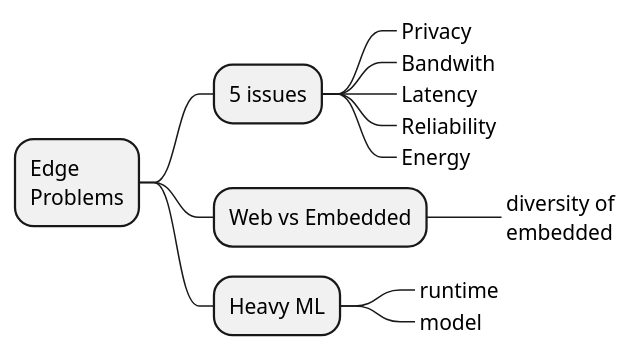
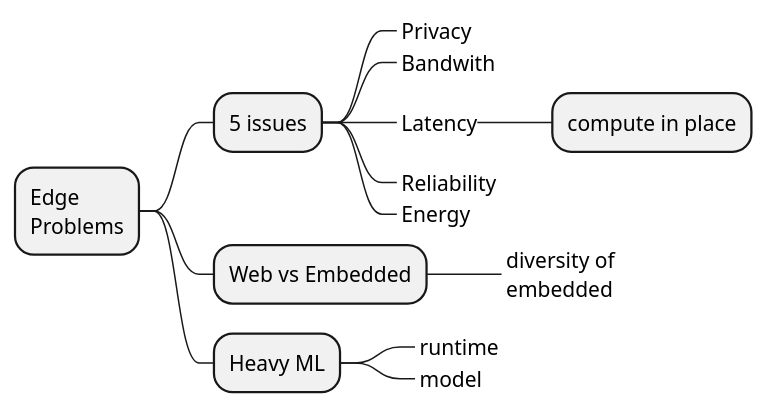
Before and after one commit to doyu/elc2019: the diagram in summary-problem.puml, drawn with PlantUML. The commit also changed 2 other files, not shown here.

```diff
--- a/summary-problem.puml
+++ b/summary-problem.puml
@@ -1,15 +1,16 @@
 @startmindmap
 * Edge\nProblems
 ** 5 issues
 ***_ Privacy
 ***_ Bandwith
 ***_ Latency
+**** compute in place
 ***_ Reliability
 ***_ Energy
 ** Web vs Embedded
 ***_ diversity of\nembedded
 ** Heavy ML
 ***_ runtime
 ***_ model
 
 @endmindmap
```
